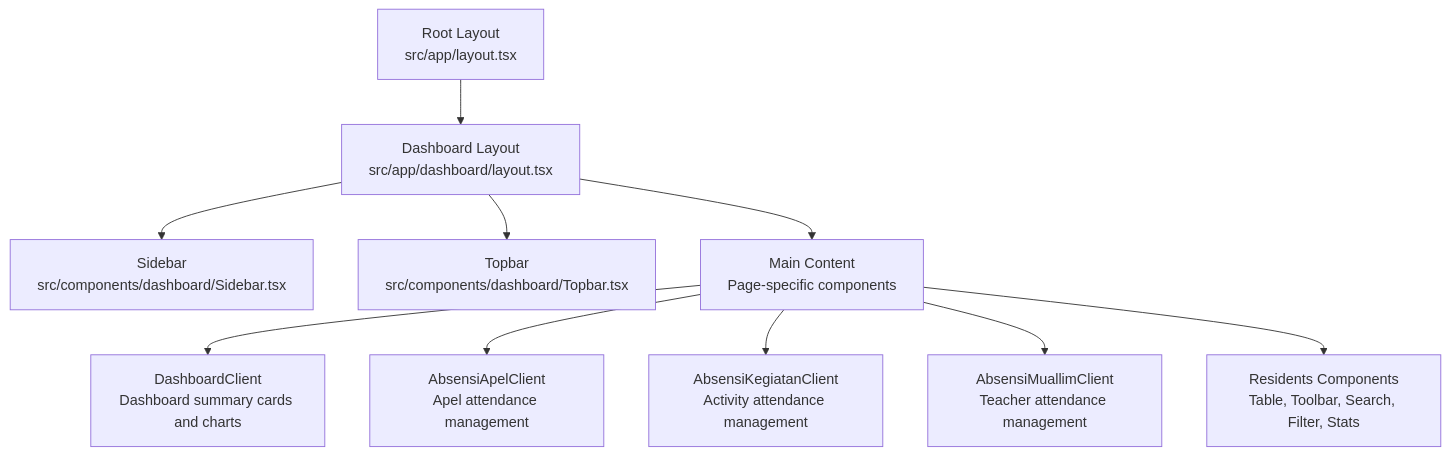
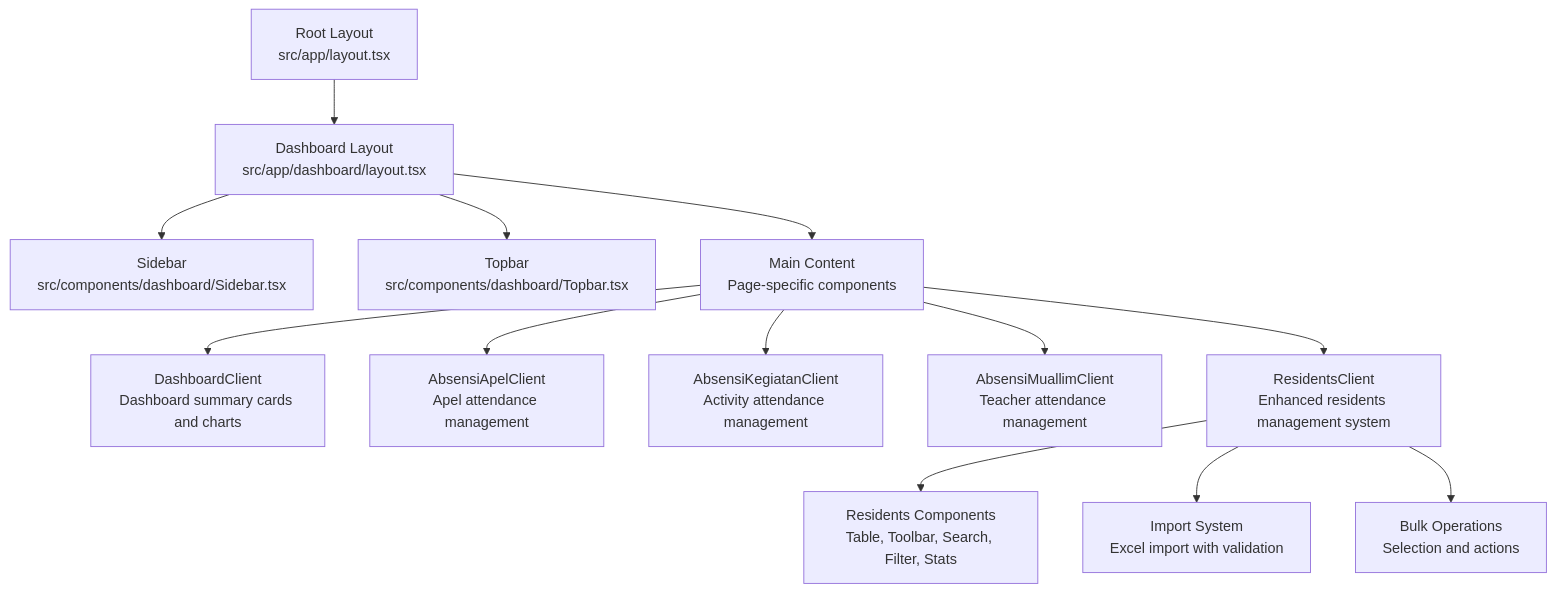
One commit to bazs69/ApsAsrama changed the first of 3 diagrams in .qoder/repowiki/en/content/UI Components & Dashboard/UI Components & Dashboard.md. Above: the diagram before and after it, drawn with Mermaid. The commit also changed other lines of this file and 34 other files, not shown here.

````diff
--- a/.qoder/repowiki/en/content/UI Components & Dashboard/UI Components & Dashboard.md
+++ b/.qoder/repowiki/en/content/UI Components & Dashboard/UI Components & Dashboard.md
@@ -40,12 +62,15 @@
 ```mermaid
 graph TB
 A["Root Layout<br/>src/app/layout.tsx"] --> B["Dashboard Layout<br/>src/app/dashboard/layout.tsx"]
 B --> C["Sidebar<br/>src/components/dashboard/Sidebar.tsx"]
 B --> D["Topbar<br/>src/components/dashboard/Topbar.tsx"]
 B --> E["Main Content<br/>Page-specific components"]
 E --> F["DashboardClient<br/>Dashboard summary cards and charts"]
 E --> G["AbsensiApelClient<br/>Apel attendance management"]
 E --> H["AbsensiKegiatanClient<br/>Activity attendance management"]
 E --> I["AbsensiMuallimClient<br/>Teacher attendance management"]
-E --> J["Residents Components<br/>Table, Toolbar, Search, Filter, Stats"]
+E --> J["ResidentsClient<br/>Enhanced residents management system"]
+J --> K["Residents Components<br/>Table, Toolbar, Search, Filter, Stats"]
+J --> L["Import System<br/>Excel import with validation"]
+J --> M["Bulk Operations<br/>Selection and actions"]
 ```
````
